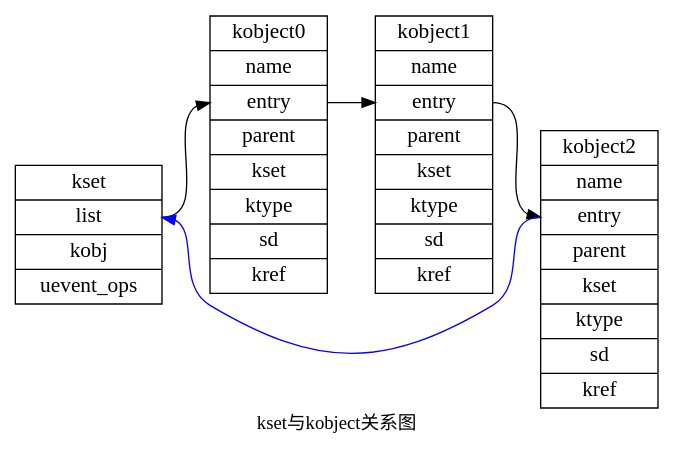
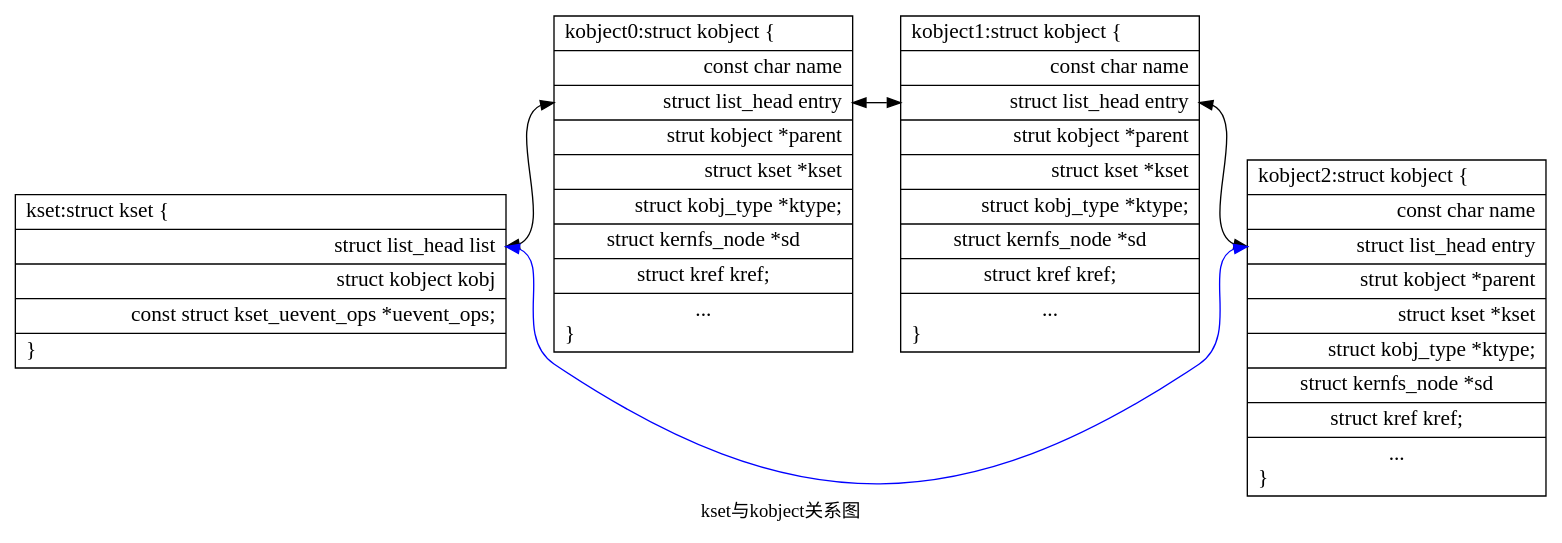
Before and after one commit to rachelsqh/lk_book: the diagram in source/img/kset_kobject_ra.dot, drawn with Graphviz. The commit also changed 258 other files, not shown here.

```diff
--- a/source/img/kset_kobject_ra.dot
+++ b/source/img/kset_kobject_ra.dot
@@ -1,50 +1,48 @@
 digraph g {
 graph [
 rankdir = "LR"
 ];
 node [
 fontsize = "16"
 shape = "ellipse"
 ];
 edge [
 ];
 label = "kset与kobject关系图"
 "kset" [
-label = "<f0> kset| <f1> list| <f2> kobj| <f3> uevent_ops";
+label = "<f0> kset:struct kset \{\l| <f1> struct list_head list\r| <f2> struct kobject kobj\r| <f3> const struct kset_uevent_ops *uevent_ops;\r| <f4>\}\l";
 shape = "record";
 ];
 
 "kobject0" [
-label = "<f0> kobject0| <f1> name| <f2> entry| <f3> parent| <f4> kset | <f5> ktype | <f6> sd | <f7> kref";
+label = "<f0> kobject0:struct kobject \{\l| <f1> const char name\r| <f2> struct list_head entry\r| <f3> strut kobject *parent\r| <f4> struct kset *kset \r| <f5> struct kobj_type *ktype;\r | <f6> struct kernfs_node *sd | <f7>struct kref  kref;|<f7> ...\n\}\l";
 shape = "record";
 ];
 
 "kobject1" [
-label = "<f0> kobject1| <f1> name| <f2> entry| <f3> parent| <f4> kset | <f5> ktype | <f6> sd | <f7> kref";
+label = "<f0> kobject1:struct kobject \{\l| <f1> const char name\r| <f2> struct list_head entry\r| <f3> strut kobject *parent\r| <f4> struct kset *kset \r| <f5> struct kobj_type *ktype;\r | <f6> struct kernfs_node *sd | <f7>struct kref  kref;|<f7> ...\n\}\l";
 shape = "record";
 ];
 
 "kobject2" [
-label = "<f0> kobject2| <f1> name| <f2> entry| <f3> parent| <f4> kset | <f5> ktype | <f6> sd | <f7> kref";
+label = "<f0> kobject2:struct kobject \{\l| <f1> const char name\r| <f2> struct list_head entry\r| <f3> strut kobject *parent\r| <f4> struct kset *kset \r| <f5> struct kobj_type *ktype;\r | <f6> struct kernfs_node *sd | <f7>struct kref  kref;|<f7> ...\n\}\l";
 shape = "record";
 ];
 
 
-"kset":f1 -> "kobject0":f2 [
-id = 0;
-];
+"kset":f1 -> "kobject0":f2 [dir = both,id = 0;];
 
-"kobject0":f2 -> "kobject1":f2 [
+"kobject0":f2 -> "kobject1":f2 [dir = both,
 id = 4;
 ];
 
-"kobject1":f2 -> "kobject2":f2 [
+"kobject1":f2 -> "kobject2":f2 [dir = both,
 id = 7;
 ];
 
-"kobject2":f2 -> "kset":f1 [
+"kobject2":f2:w -> "kset":f1:e [dir = both,
 id = 11;
 color = blue;
 ];
 
 }
```
